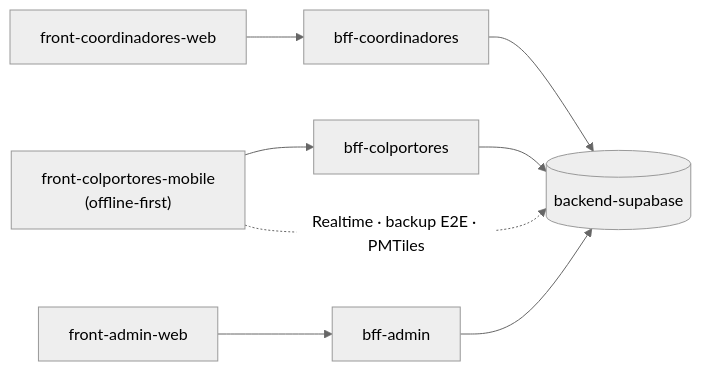
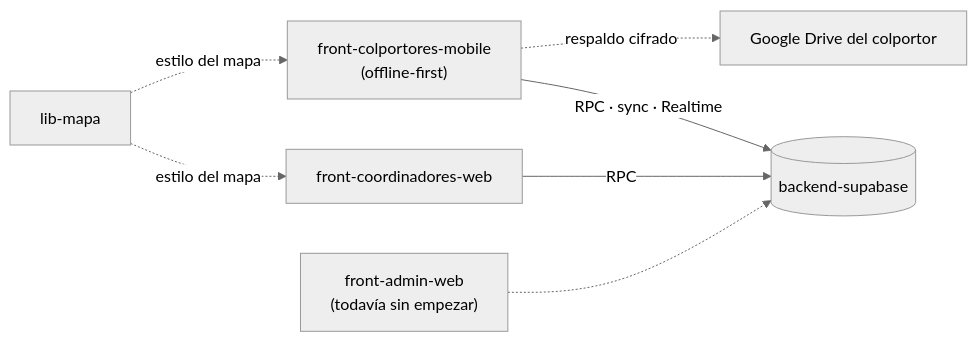
Before and after one commit to Colportores/.github: the diagram in profile/README.md, drawn with Mermaid (neutral theme). The commit also changed other lines of this file, not shown here.

First line of the commit message:
docs: sumar el manual de usuario y lib-mapa al perfil, y dejar los BFF para más adelante

````diff
--- a/profile/README.md
+++ b/profile/README.md
@@ -54,10 +49,9 @@
 ```mermaid
 flowchart LR
-  M["front-colportores-mobile<br/>(offline-first)"] --> BM[bff-colportores]
-  C["front-coordinadores-web"] --> BC[bff-coordinadores]
-  A["front-admin-web"] --> BA[bff-admin]
-  BM --> S[(backend-supabase)]
-  BC --> S
-  BA --> S
-  M -. "Realtime · backup E2E · PMTiles" .-> S
+  M["front-colportores-mobile<br/>(offline-first)"] -- "RPC · sync · Realtime" --> S[(backend-supabase)]
+  C["front-coordinadores-web"] -- "RPC" --> S
+  A["front-admin-web<br/>(todavía sin empezar)"] -.-> S
+  L["lib-mapa"] -. "estilo del mapa" .-> M
+  L -. "estilo del mapa" .-> C
+  M -. "respaldo cifrado" .-> D["Google Drive del colportor"]
 ```
````
